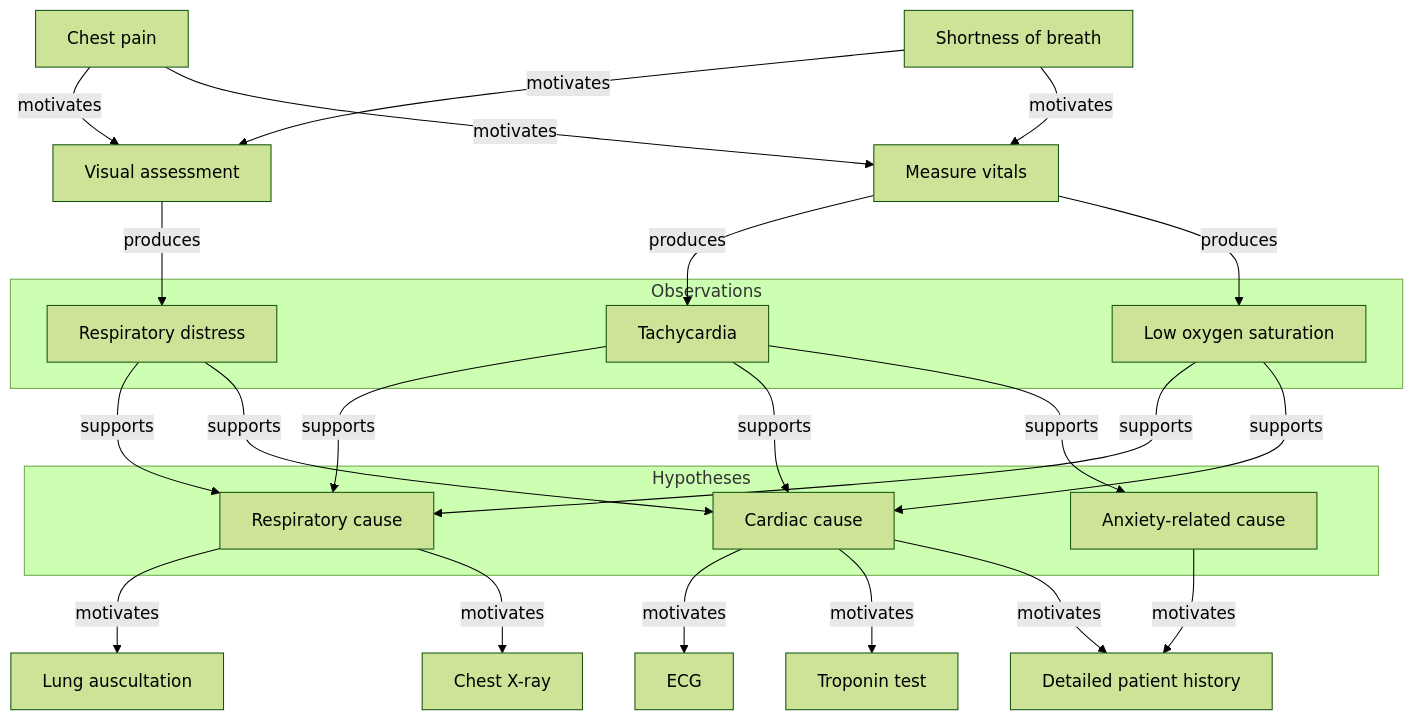
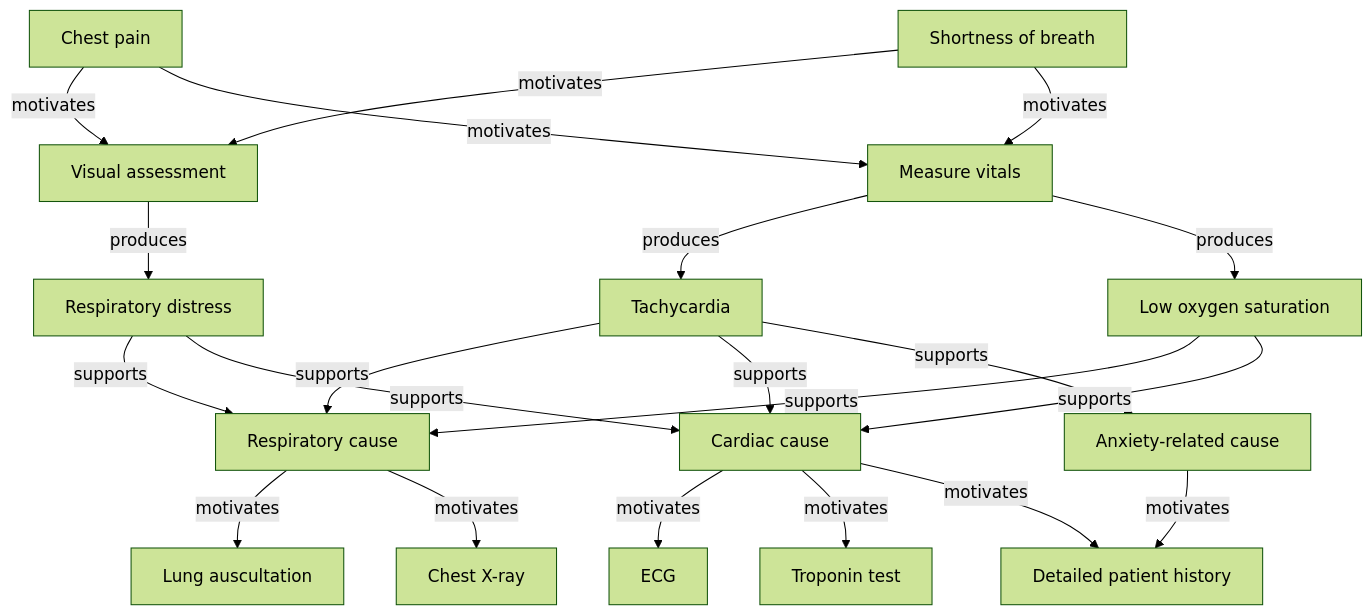
Before and after one commit to kahunacohen/why: the diagram in diagrams/medical.mmd, drawn with Mermaid (forest theme).

```diff
--- a/diagrams/medical.mmd
+++ b/diagrams/medical.mmd
@@ -1,57 +1,58 @@
 flowchart TD
 
 %% Initital complaints
 C1["Chest pain"]
 C2["Shortness of breath"]
   
 
 %% Investigative actions"]
 A1["Visual assessment"]
 A2["Measure vitals"]
 
 
-  C1 -->|motivates| A1
-  C2 -->|motivates| A1
-  C1 -->|motivates| A2
-  C2 -->|motivates| A2
+%% Initial complaints motivate...
+C1 -->|motivates| A1
+C2 -->|motivates| A1
+C1 -->|motivates| A2
+C2 -->|motivates| A2
 
-  subgraph observations["Observations"]
-    O1["Respiratory distress"]
-    O2["Tachycardia"]
-    O3["Low oxygen saturation"]
-  end
+%% Observations
+O1["Respiratory distress"]
+O2["Tachycardia"]
+O3["Low oxygen saturation"]
+  
 
-  A1 -->|produces| O1
-  A2 -->|produces| O2
-  A2 -->|produces| O3
+%% Measuring vitals produces observations
+A1 -->|produces| O1
+A2 -->|produces| O2
+A2 -->|produces| O3
 
-  subgraph hypotheses["Hypotheses"]
-    H1["Respiratory cause"]
-    H2["Cardiac cause"]
-    H3["Anxiety-related cause"]
-  end
+%% Hypotheses
+H1["Respiratory cause"]
+H2["Cardiac cause"]
+H3["Anxiety-related cause"]
 
   O1 -->|supports| H1
   O1 -->|supports| H2
 
   O2 -->|supports| H1
   O2 -->|supports| H2
   O2 -->|supports| H3
 
   O3 -->|supports| H1
   O3 -->|supports| H2
 
   A5["Lung auscultation"]
   A6["Chest X-ray"]
   H1 --> |motivates| A5
   H1 --> |motivates| A6
   
   A3["ECG"]
   A4["Troponin test"]
 
   H2 --> |motivates| A3
   H2 --> |motivates| A4
 
   A7["Detailed patient history"]
   H3 --> |motivates| A7
   H2 --> |motivates| A7
```
